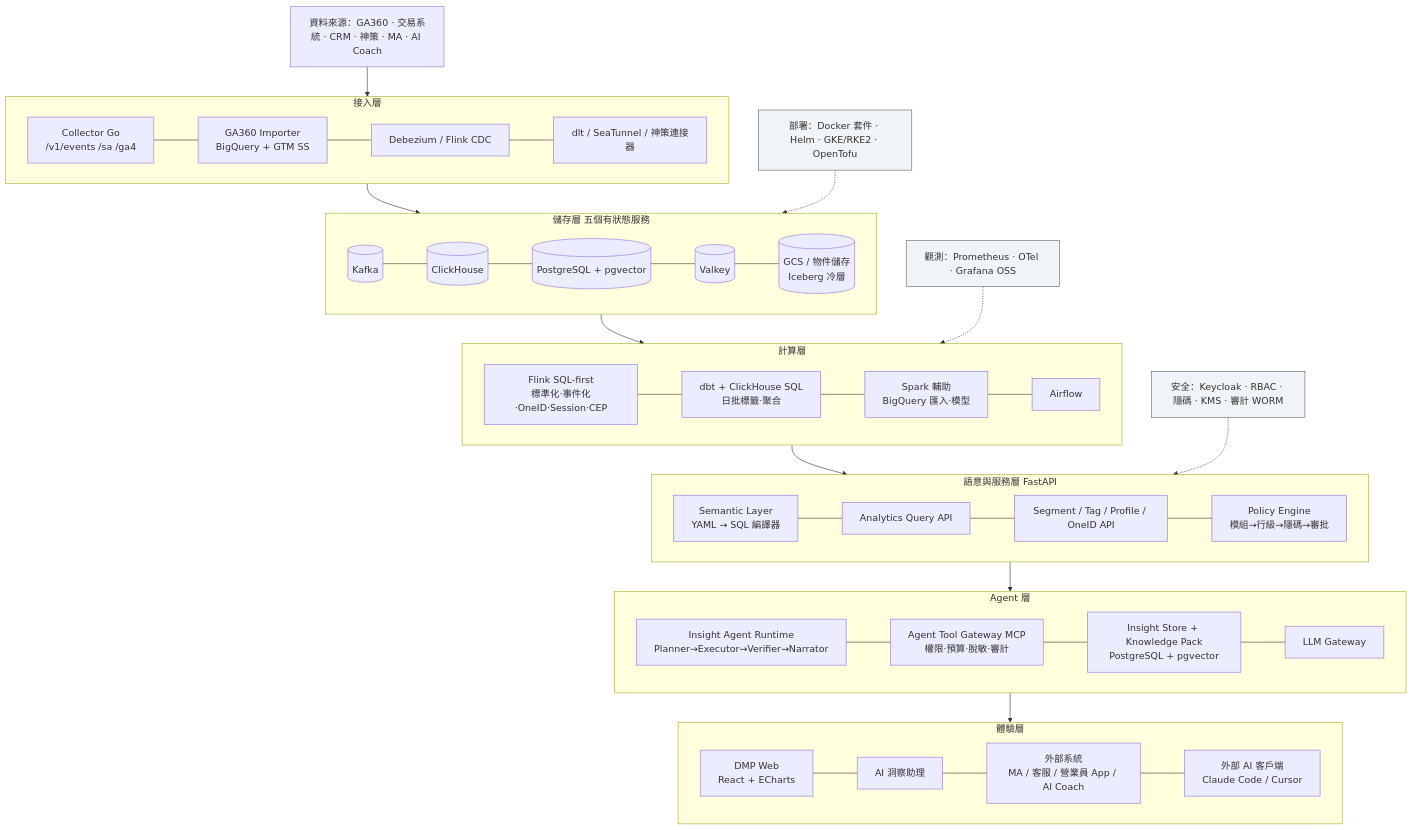
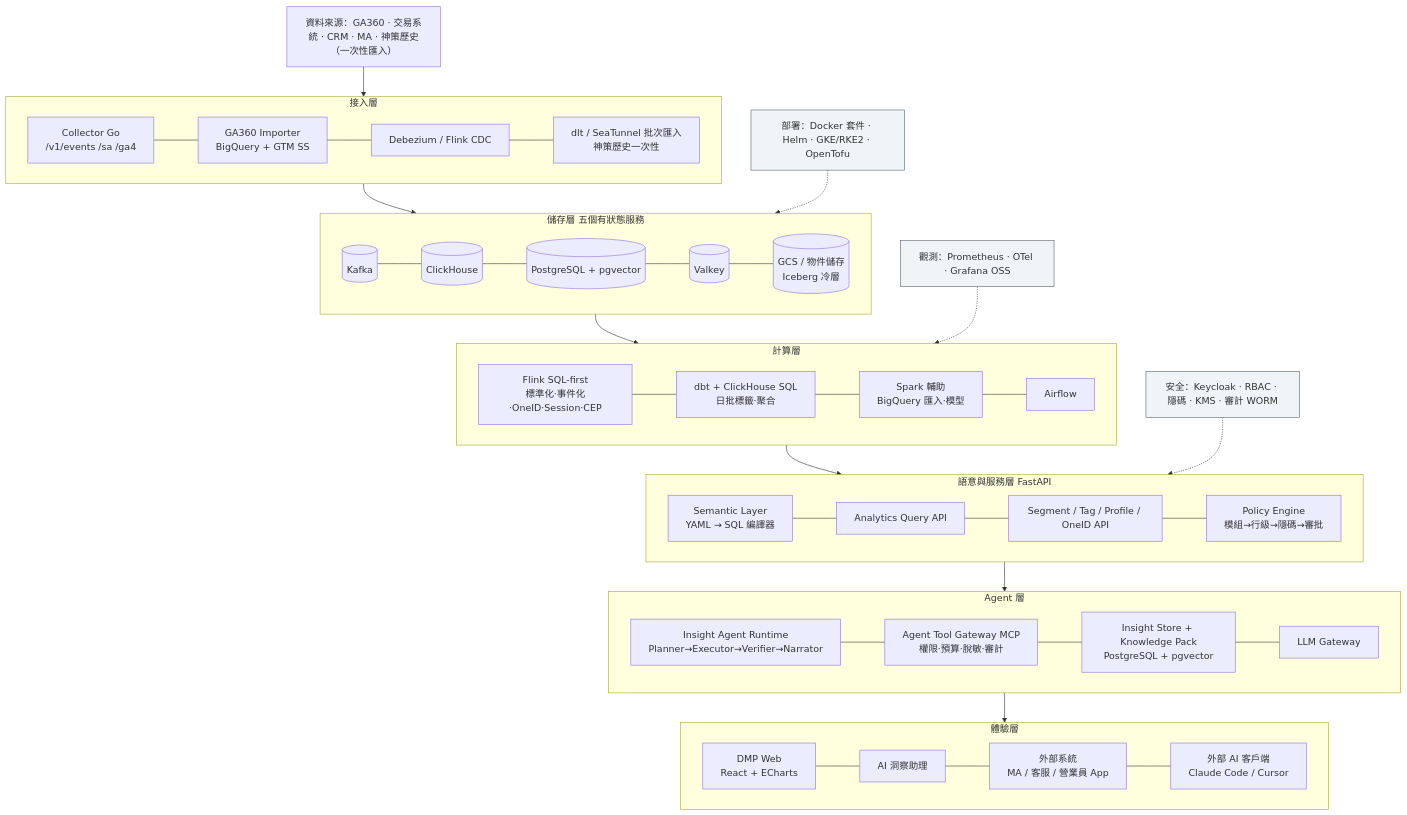
Before and after one commit to ALTA-TECH2025/altatech-dmp: the first of 3 diagrams in docs/12-architecture-diagrams.md, drawn with Mermaid. The commit also changed other lines of this file and 23 other files, not shown here.

````diff
--- a/docs/12-architecture-diagrams.md
+++ b/docs/12-architecture-diagrams.md
@@ -38,26 +38,26 @@
 ```mermaid
 flowchart TB
   subgraph EXP[體驗層]
-    WEB[DMP Web<br/>React + ECharts] --- AIUI[AI 洞察助理] --- EXT[外部系統<br/>MA / 客服 / 營業員 App / AI Coach] --- MCPC[外部 AI 客戶端<br/>Claude Code / Cursor]
+    WEB[DMP Web<br/>React + ECharts] --- AIUI[AI 洞察助理] --- EXT[外部系統<br/>MA / 客服 / 營業員 App] --- MCPC[外部 AI 客戶端<br/>Claude Code / Cursor]
   end
   subgraph AGENT[Agent 層]
     RT[Insight Agent Runtime<br/>Planner→Executor→Verifier→Narrator] --- GW[Agent Tool Gateway MCP<br/>權限·預算·脫敏·審計] --- IS[Insight Store + Knowledge Pack<br/>PostgreSQL + pgvector] --- LLM[LLM Gateway]
   end
   subgraph SVC[語意與服務層 FastAPI]
     SEM[Semantic Layer<br/>YAML → SQL 編譯器] --- AQ[Analytics Query API] --- SG[Segment / Tag / Profile / OneID API] --- PE[Policy Engine<br/>模組→行級→隱碼→審批]
   end
   subgraph CMP[計算層]
     FL[Flink SQL-first<br/>標準化·事件化·OneID·Session·CEP] --- DBT[dbt + ClickHouse SQL<br/>日批標籤·聚合] --- SP[Spark 輔助<br/>BigQuery 匯入·模型] --- AF[Airflow]
   end
   subgraph STO[儲存層 五個有狀態服務]
     KF[(Kafka)] --- CH[(ClickHouse)] --- PG[(PostgreSQL + pgvector)] --- VK[(Valkey)] --- OBJ[(GCS / 物件儲存<br/>Iceberg 冷層)]
   end
   subgraph ING[接入層]
-    COL[Collector Go<br/>/v1/events /sa /ga4] --- GA[GA360 Importer<br/>BigQuery + GTM SS] --- CDC[Debezium / Flink CDC] --- BAT[dlt / SeaTunnel / 神策連接器]
+    COL[Collector Go<br/>/v1/events /sa /ga4] --- GA[GA360 Importer<br/>BigQuery + GTM SS] --- CDC[Debezium / Flink CDC] --- BAT[dlt / SeaTunnel 批次匯入<br/>神策歷史一次性]
   end
-  SRC[資料來源：GA360 · 交易系統 · CRM · 神策 · MA · AI Coach] --> ING --> STO --> CMP --> SVC --> AGENT --> EXP
+  SRC[資料來源：GA360 · 交易系統 · CRM · MA · 神策歷史（一次性匯入）] --> ING --> STO --> CMP --> SVC --> AGENT --> EXP
   SEC[安全：Keycloak · RBAC · 隱碼 · KMS · 審計 WORM]:::x -.-> SVC
   OBS[觀測：Prometheus · OTel · Grafana OSS]:::x -.-> CMP
   DEP[部署：Docker 套件 · Helm · GKE/RKE2 · OpenTofu]:::x -.-> STO
   classDef x fill:#F1F4F6,stroke:#56646D
 ```
````
